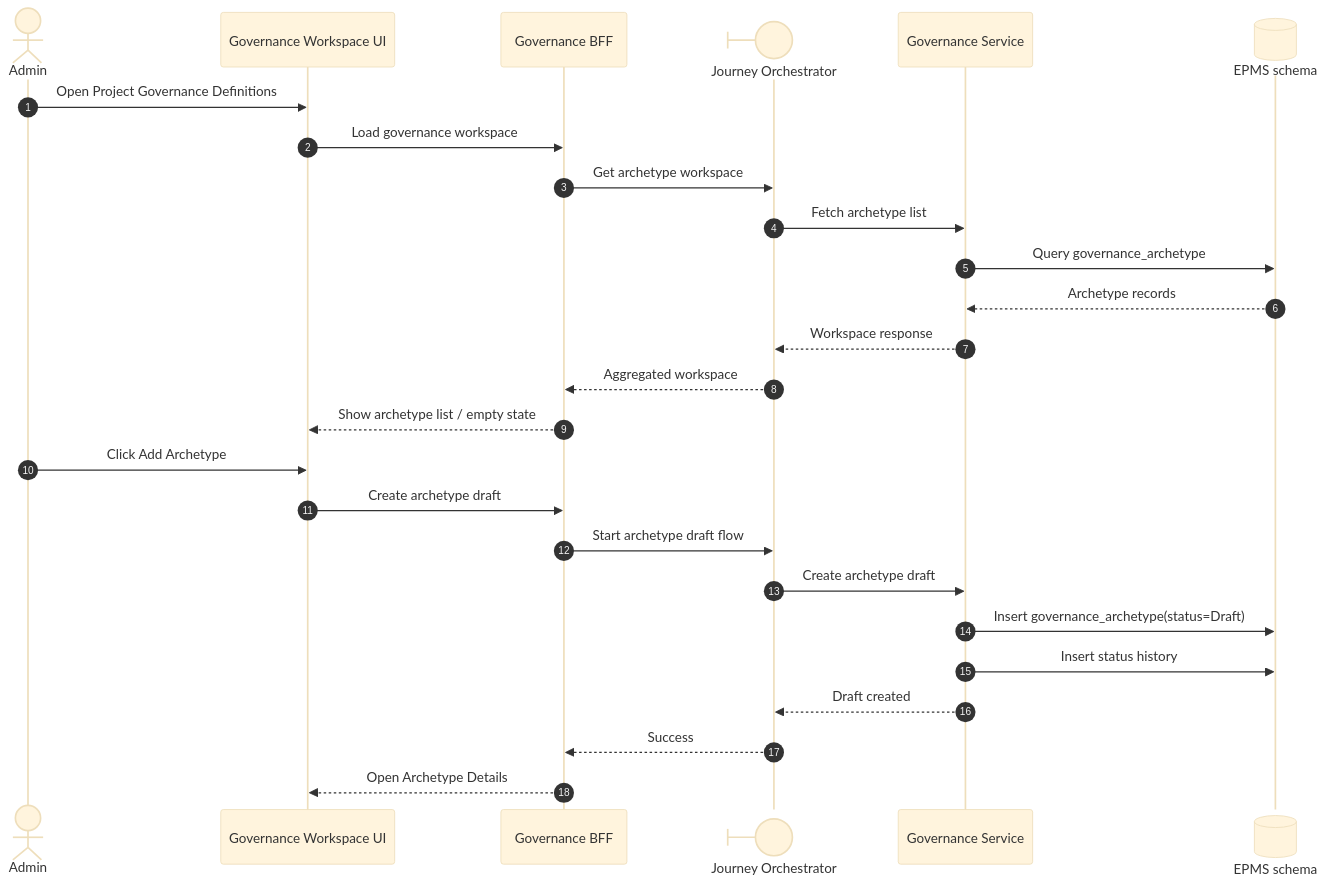
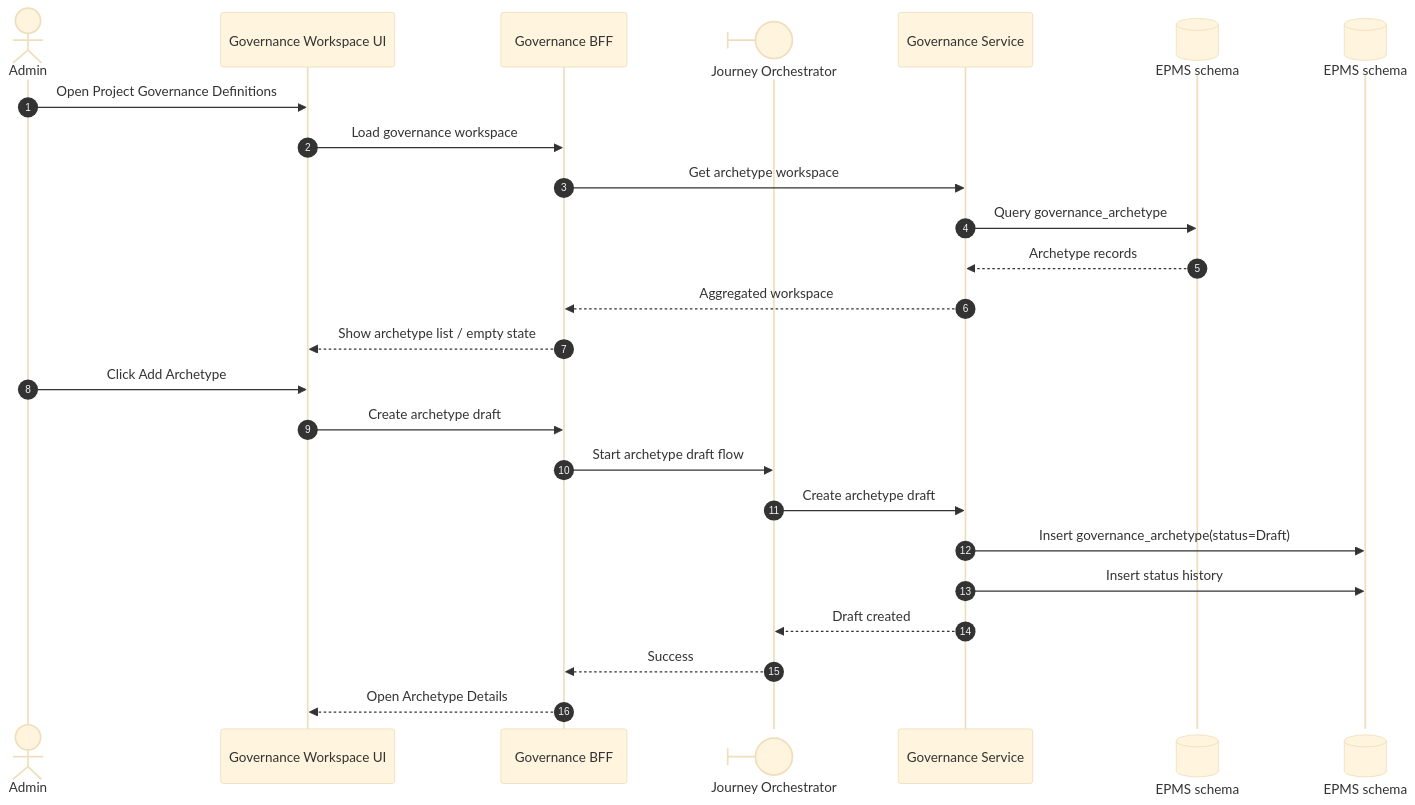
One commit to sougata2000/epms changed the diagram in 02 Solution Architecture/diagrams/Governance/Create Archetype Draft.mmd. Above: the diagram before and after it, drawn with Mermaid. The commit also changed 41 other files, not shown here.

```diff
--- a/02 Solution Architecture/diagrams/Governance/Create Archetype Draft.mmd
+++ b/02 Solution Architecture/diagrams/Governance/Create Archetype Draft.mmd
@@ -1,35 +1,35 @@
 ---
 config:
   sequence: {}
   theme: base
 ---
 %%{init: {'flowchart': {'compactMode': true}}}%%
 sequenceDiagram
 autonumber
 actor ADMIN as Admin
 
 participant UI as Governance Workspace UI
 participant BFF as Governance BFF
 participant ORCH@{ "type":"boundary", "alias":"Journey Orchestrator"}
 participant GOV as Governance Service
-participant DB@{ "type": "database", "alias": "EPMS schema"}
+participant READDB@{ "type": "database", "alias": "EPMS schema"}
+participant PRIMARYDB@{ "type": "database", "alias": "EPMS schema"}
 
 ADMIN->>UI: Open Project Governance Definitions
 UI->>BFF: Load governance workspace
-BFF->>ORCH: Get archetype workspace
-ORCH->>GOV: Fetch archetype list
-GOV->>DB: Query governance_archetype
-DB-->>GOV: Archetype records
-GOV-->>ORCH: Workspace response
-ORCH-->>BFF: Aggregated workspace
+BFF->>GOV: Get archetype workspace
+%%ORCH->>GOV: Fetch archetype list
+GOV->>READDB: Query governance_archetype
+READDB-->>GOV: Archetype records
+GOV-->>BFF: Aggregated workspace
 BFF-->>UI: Show archetype list / empty state
 
 ADMIN->>UI: Click Add Archetype
 UI->>BFF: Create archetype draft
 BFF->>ORCH: Start archetype draft flow
 ORCH->>GOV: Create archetype draft
-GOV->>DB: Insert governance_archetype(status=Draft)
-GOV->>DB: Insert status history
+GOV->>PRIMARYDB: Insert governance_archetype(status=Draft)
+GOV->>PRIMARYDB: Insert status history
 GOV-->>ORCH: Draft created
 ORCH-->>BFF: Success
 BFF-->>UI: Open Archetype Details
```
